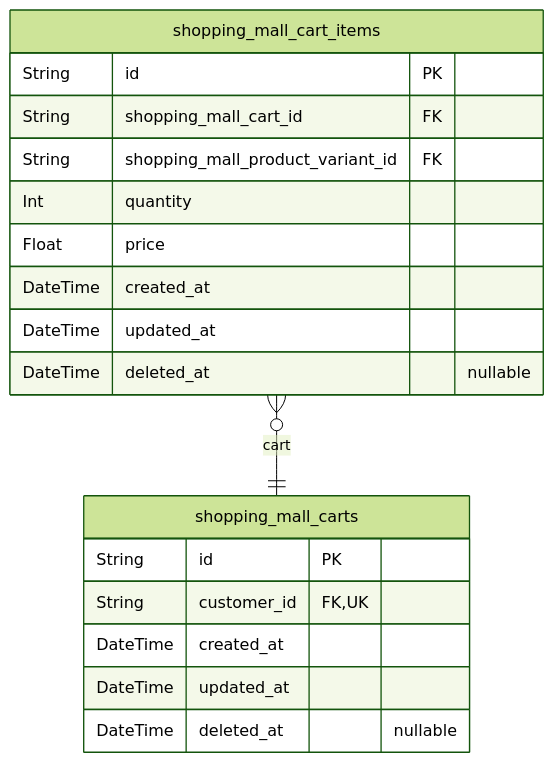
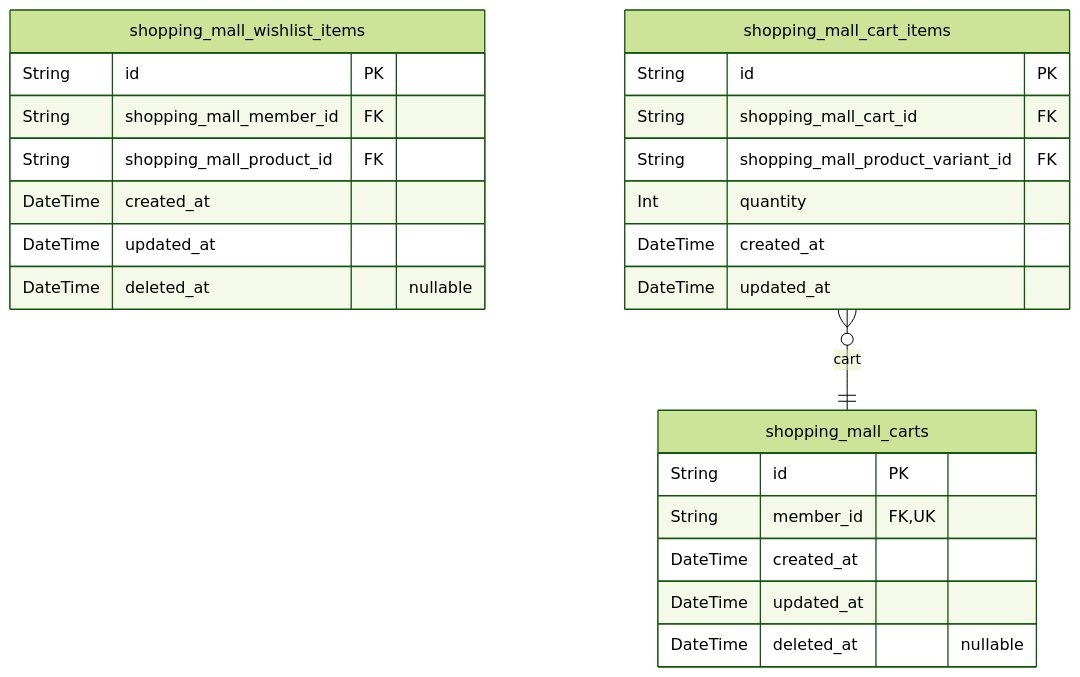
Before and after one commit to wrtnlabs/autobe-examples: the eighth of 11 diagrams in qwen/qwen3.5-397b-a17b/shopping/docs/ERD.md, drawn with Mermaid (forest theme). The commit also changed other lines of this file and 32093 other files, not shown here.

````diff
--- a/qwen/qwen3.5-397b-a17b/shopping/docs/ERD.md
+++ b/qwen/qwen3.5-397b-a17b/shopping/docs/ERD.md
@@ -1099,21 +2286,27 @@
 ```mermaid
 erDiagram
+"shopping_mall_wishlist_items" {
+  String id PK
+  String shopping_mall_member_id FK
+  String shopping_mall_product_id FK
+  DateTime created_at
+  DateTime updated_at
+  DateTime deleted_at "nullable"
+}
 "shopping_mall_carts" {
   String id PK
-  String customer_id FK,UK
+  String member_id FK,UK
   DateTime created_at
   DateTime updated_at
   DateTime deleted_at "nullable"
 }
 "shopping_mall_cart_items" {
   String id PK
   String shopping_mall_cart_id FK
   String shopping_mall_product_variant_id FK
   Int quantity
-  Float price
   DateTime created_at
   DateTime updated_at
-  DateTime deleted_at "nullable"
 }
 "shopping_mall_cart_items" }o--|| "shopping_mall_carts" : cart
 ```
````
